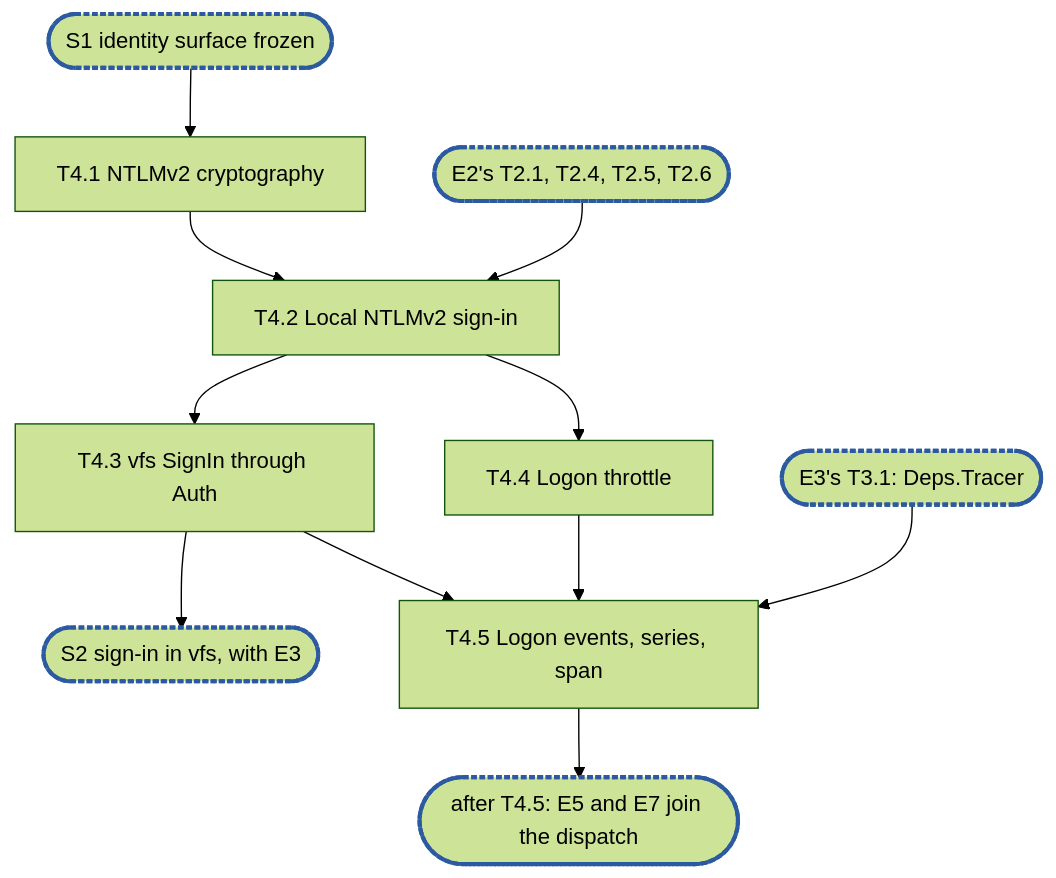
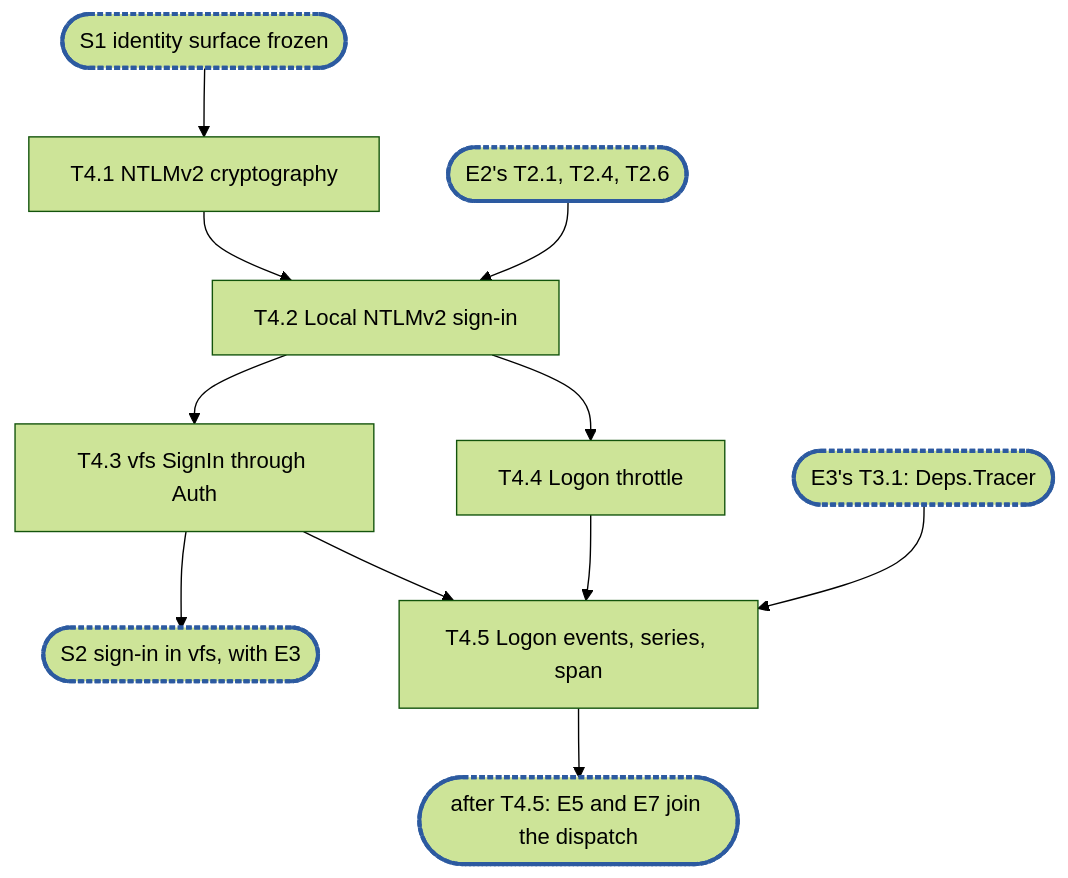
The diagram in docs/internals/planning/rfc-18-identity-epic4.md (cubbit/dittofs), drawn with Mermaid (forest theme) before and after one commit. The commit also changed other lines of this file and 2 other files, not shown here.

````diff
--- a/docs/internals/planning/rfc-18-identity-epic4.md
+++ b/docs/internals/planning/rfc-18-identity-epic4.md
@@ -584,14 +585,14 @@
 ```mermaid
 flowchart TD
   S1(["S1 identity surface frozen"]):::sync --> T4_1["T4.1 NTLMv2 cryptography"]
   T4_1 --> T4_2["T4.2 Local NTLMv2 sign-in"]
-  X2(["E2's T2.1, T2.4, T2.5, T2.6"]):::sync --> T4_2
+  X2(["E2's T2.1, T2.4, T2.6"]):::sync --> T4_2
   T4_2 --> T4_3["T4.3 vfs SignIn through Auth"]
   T4_3 --> S2(["S2 sign-in in vfs, with E3"]):::sync
   T4_2 --> T4_4["T4.4 Logon throttle"]
   T4_4 --> T4_5["T4.5 Logon events, series, span"]
   T4_3 --> T4_5
   X3(["E3's T3.1: Deps.Tracer"]):::sync --> T4_5
   T4_5 --> C1(["after T4.5: E5 and E7 join the dispatch"]):::sync
   classDef sync stroke:#2c5aa0,stroke-width:3px,stroke-dasharray:4 2
 ```
````
